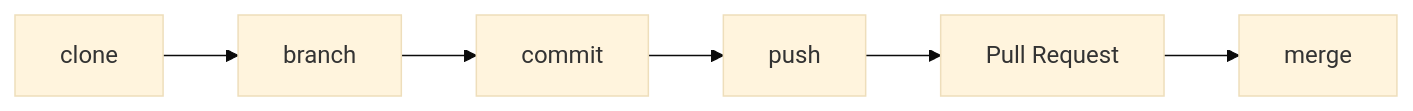
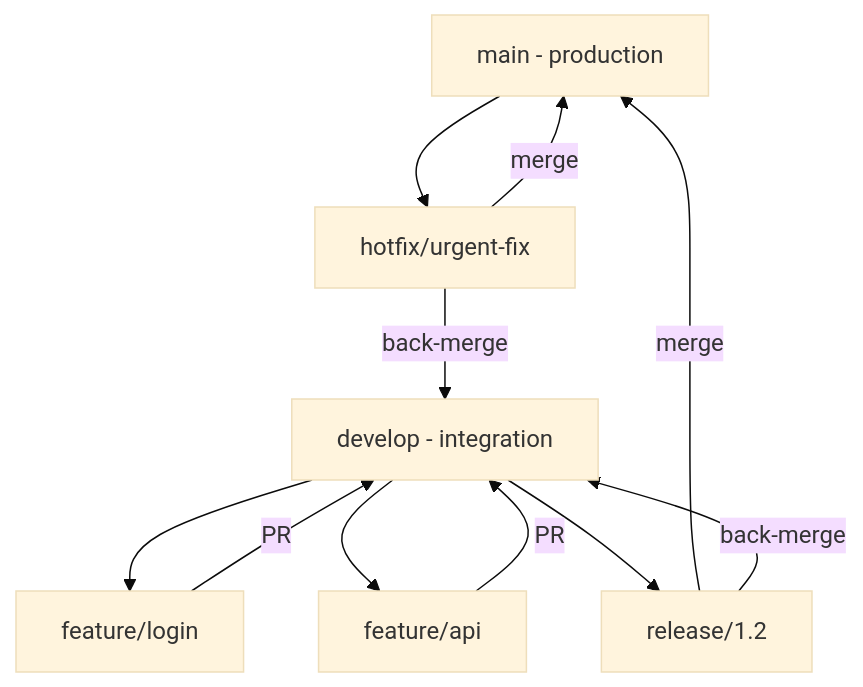
One commit to suryanaveen123/devops-crash-course changed the second of 5 diagrams in devops-crash-course/docs/day-04-git-practical.md. Above: the diagram before and after it, drawn with Mermaid (base theme). The commit also changed other lines of this file, not shown here.

````diff
--- a/devops-crash-course/docs/day-04-git-practical.md
+++ b/devops-crash-course/docs/day-04-git-practical.md
@@ -19,11 +152,20 @@
 ```mermaid
-flowchart LR
-  Clone[clone]
-  Branch[branch]
-  Commit[commit]
-  Push[push]
-  PR[Pull Request]
-  Merge[merge]
+flowchart TB
+  main[main - production]
+  develop[develop - integration]
+  f1[feature/login]
+  f2[feature/api]
+  release[release/1.2]
+  hotfix[hotfix/urgent-fix]
 
-  Clone --> Branch --> Commit --> Push --> PR --> Merge
+  develop --> f1
+  develop --> f2
+  f1 -->|PR| develop
+  f2 -->|PR| develop
+  develop --> release
+  release -->|merge| main
+  release -->|back-merge| develop
+  main --> hotfix
+  hotfix -->|merge| main
+  hotfix -->|back-merge| develop
 ```
````
